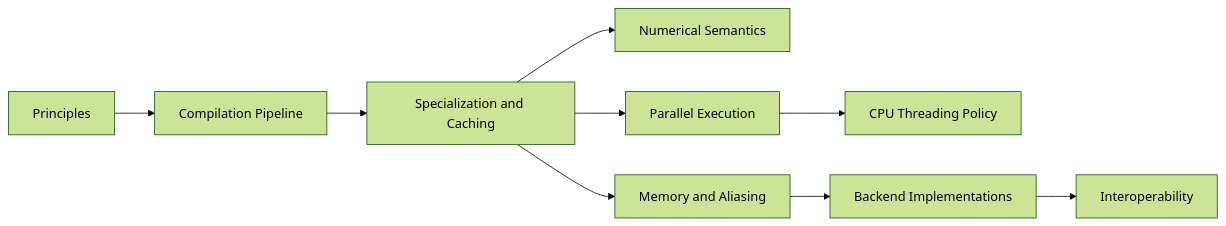
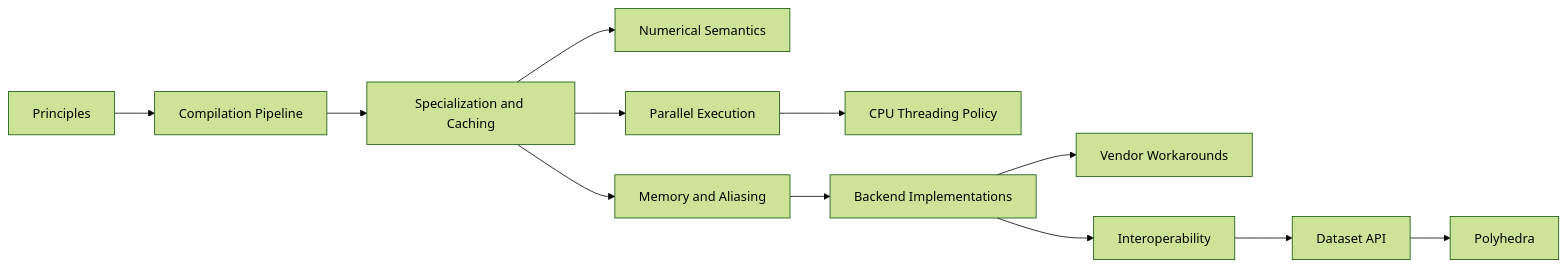
Before and after one commit to berkgeveci/tack: the diagram in docs/design/index.md, drawn with Mermaid (forest theme). The commit also changed other lines of this file, not shown here.

Commit message:
List vendor workarounds, the dataset API and polyhedra in the design index

````diff
--- a/docs/design/index.md
+++ b/docs/design/index.md
@@ -38,11 +38,14 @@
 ```mermaid
 flowchart LR
     P[Principles] --> CP[Compilation Pipeline]
     CP --> SC[Specialization and Caching]
     SC --> NS[Numerical Semantics]
     SC --> PE[Parallel Execution]
     SC --> MA[Memory and Aliasing]
     PE --> CT[CPU Threading Policy]
     MA --> BI[Backend Implementations]
+    BI --> VW[Vendor Workarounds]
     BI --> IO[Interoperability]
+    IO --> DA[Dataset API]
+    DA --> PH[Polyhedra]
 ```
````
